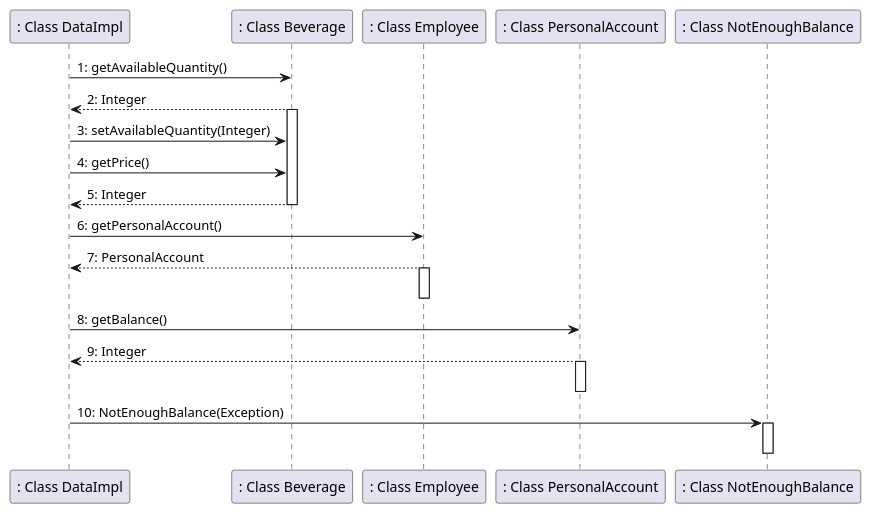
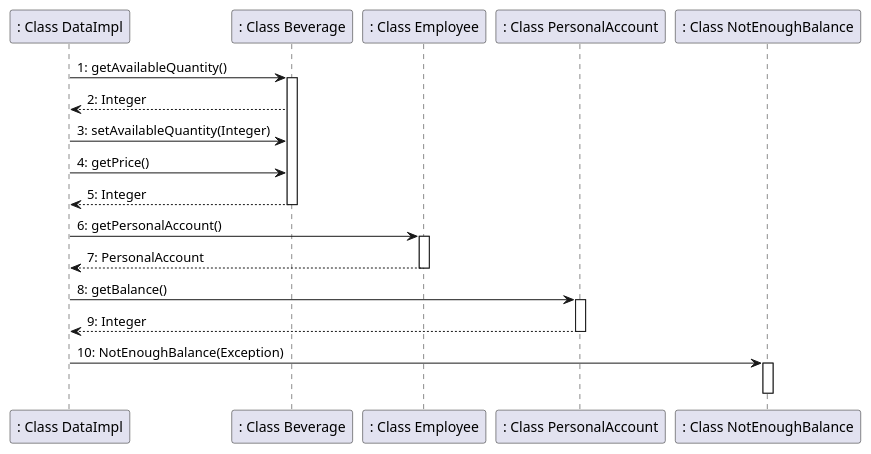
The seventh of 7 diagrams in templates/DesignDocumentTemplate.md (salvatore-dimartino/LaTazza), drawn with PlantUML before and after one commit. The commit also changed other lines of this file, not shown here.

````diff
--- a/templates/DesignDocumentTemplate.md
+++ b/templates/DesignDocumentTemplate.md
@@ -459,20 +459,20 @@
 ```plantuml
 ": Class DataImpl" -> ": Class Beverage": 1: getAvailableQuantity()
+activate ": Class Beverage"
 ": Class Beverage" --> ": Class DataImpl": 2: Integer
-activate ": Class Beverage"
 ": Class DataImpl" -> ": Class Beverage": 3: setAvailableQuantity(Integer)
 ": Class DataImpl" -> ": Class Beverage": 4: getPrice()
 ": Class Beverage" --> ": Class DataImpl": 5: Integer
 deactivate ": Class Beverage"
 ": Class DataImpl" -> ": Class Employee": 6: getPersonalAccount()
+activate ": Class Employee"
 ": Class Employee" --> ": Class DataImpl": 7: PersonalAccount
-activate ": Class Employee"
 deactivate ": Class Employee"
 ": Class DataImpl" -> ": Class PersonalAccount": 8: getBalance()
+activate ": Class PersonalAccount"
 ": Class PersonalAccount" --> ": Class DataImpl": 9: Integer
-activate ": Class PersonalAccount"
 deactivate ": Class PersonalAccount"
 ": Class DataImpl" -> ": Class NotEnoughBalance": 10: NotEnoughBalance(Exception)
 activate ": Class NotEnoughBalance"
 deactivate ": Class NotEnoughBalance"
 ```
````
